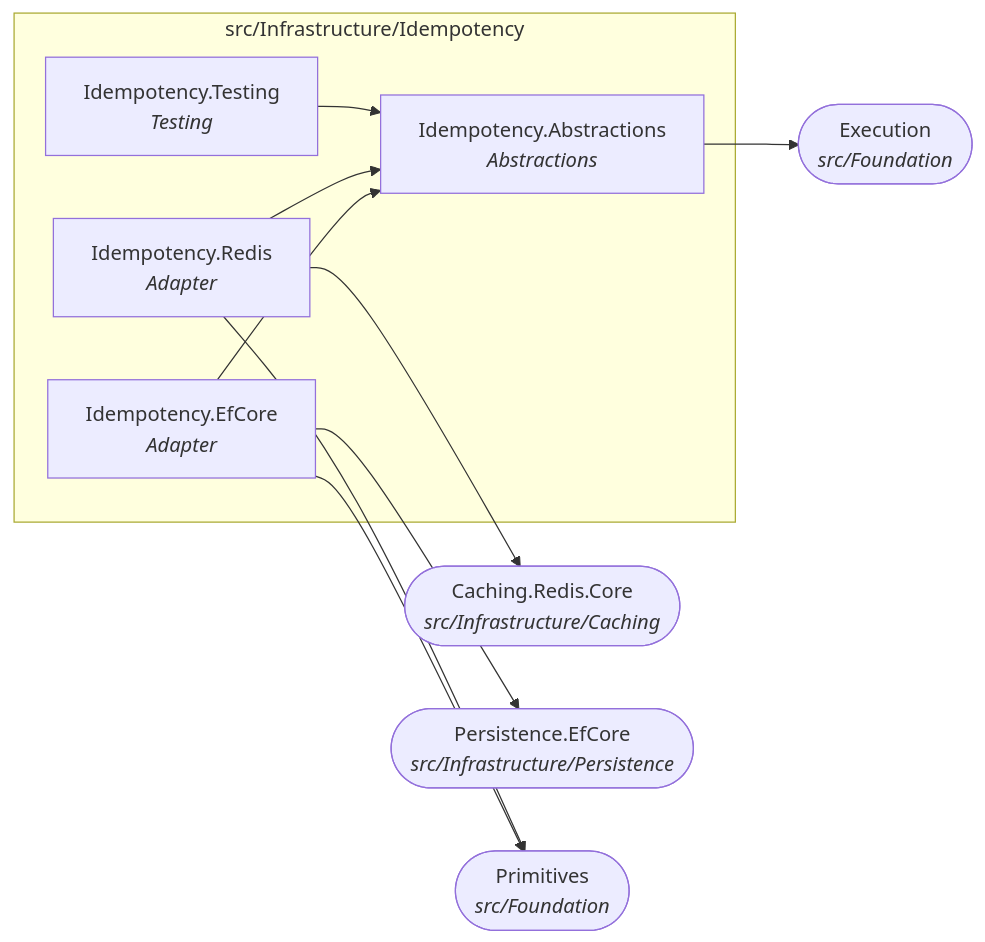
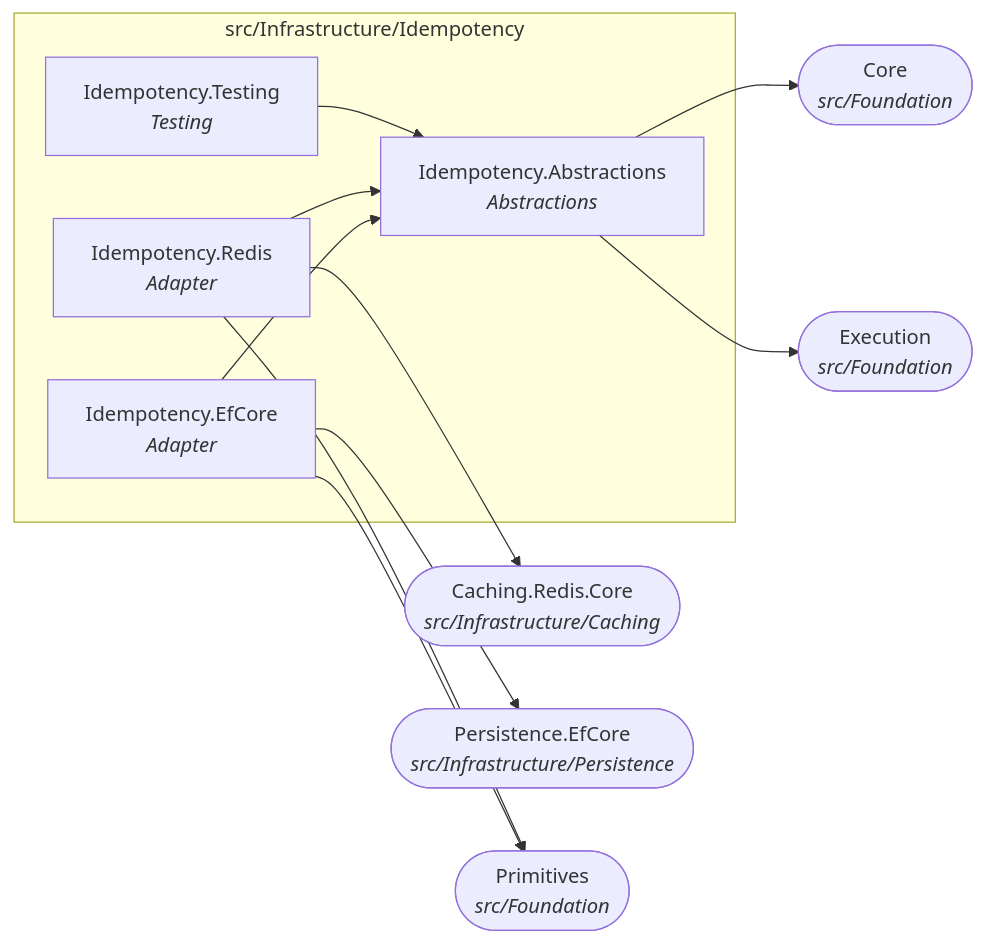
One commit to Gresta-Vertex-Labs/platform-shared-kernel changed the tenth of 22 diagrams in docs/dependency-graph.md. Above: the diagram before and after it, drawn with Mermaid. The commit also changed other lines of this file and 1494 other files, not shown here.

````diff
--- a/docs/dependency-graph.md
+++ b/docs/dependency-graph.md
@@ -385,21 +396,23 @@
 ```mermaid
 flowchart LR
   subgraph folder_src_Infrastructure_Idempotency["src/Infrastructure/Idempotency"]
     SharedKernel_Idempotency_Abstractions["Idempotency.Abstractions<br/><i>Abstractions</i>"]
     SharedKernel_Idempotency_EfCore["Idempotency.EfCore<br/><i>Adapter</i>"]
     SharedKernel_Idempotency_Redis["Idempotency.Redis<br/><i>Adapter</i>"]
     SharedKernel_Idempotency_Testing["Idempotency.Testing<br/><i>Testing</i>"]
   end
   SharedKernel_Caching_Redis_Core(["Caching.Redis.Core<br/><i>src/Infrastructure/Caching</i>"])
+  SharedKernel_Core(["Core<br/><i>src/Foundation</i>"])
   SharedKernel_Execution(["Execution<br/><i>src/Foundation</i>"])
   SharedKernel_Persistence_EfCore(["Persistence.EfCore<br/><i>src/Infrastructure/Persistence</i>"])
   SharedKernel_Primitives(["Primitives<br/><i>src/Foundation</i>"])
+  SharedKernel_Idempotency_Abstractions --> SharedKernel_Core
   SharedKernel_Idempotency_Abstractions --> SharedKernel_Execution
   SharedKernel_Idempotency_EfCore --> SharedKernel_Idempotency_Abstractions
   SharedKernel_Idempotency_EfCore --> SharedKernel_Persistence_EfCore
   SharedKernel_Idempotency_EfCore --> SharedKernel_Primitives
   SharedKernel_Idempotency_Redis --> SharedKernel_Caching_Redis_Core
   SharedKernel_Idempotency_Redis --> SharedKernel_Idempotency_Abstractions
   SharedKernel_Idempotency_Redis --> SharedKernel_Primitives
   SharedKernel_Idempotency_Testing --> SharedKernel_Idempotency_Abstractions
 ```
````
